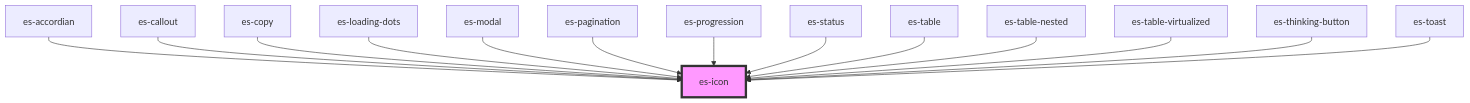
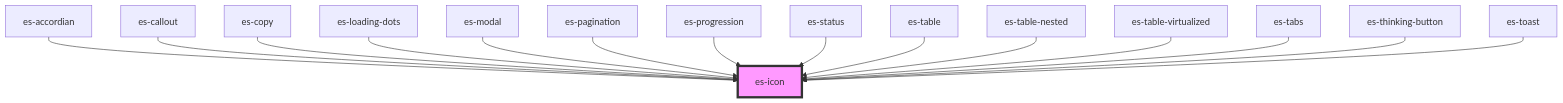
Before and after one commit to EventStore/Design-System: the diagram in packages/components/src/components/es-icon/readme.md, drawn with Mermaid. The commit also changed other lines of this file and 5 other files, not shown here.

````diff
--- a/packages/components/src/components/es-icon/readme.md
+++ b/packages/components/src/components/es-icon/readme.md
@@ -86,17 +87,18 @@
 ```mermaid
 graph TD;
   es-accordian --> es-icon
   es-callout --> es-icon
   es-copy --> es-icon
   es-loading-dots --> es-icon
   es-modal --> es-icon
   es-pagination --> es-icon
   es-progression --> es-icon
   es-status --> es-icon
   es-table --> es-icon
   es-table-nested --> es-icon
   es-table-virtualized --> es-icon
+  es-tabs --> es-icon
   es-thinking-button --> es-icon
   es-toast --> es-icon
   style es-icon fill:#f9f,stroke:#333,stroke-width:4px
 ```
````
